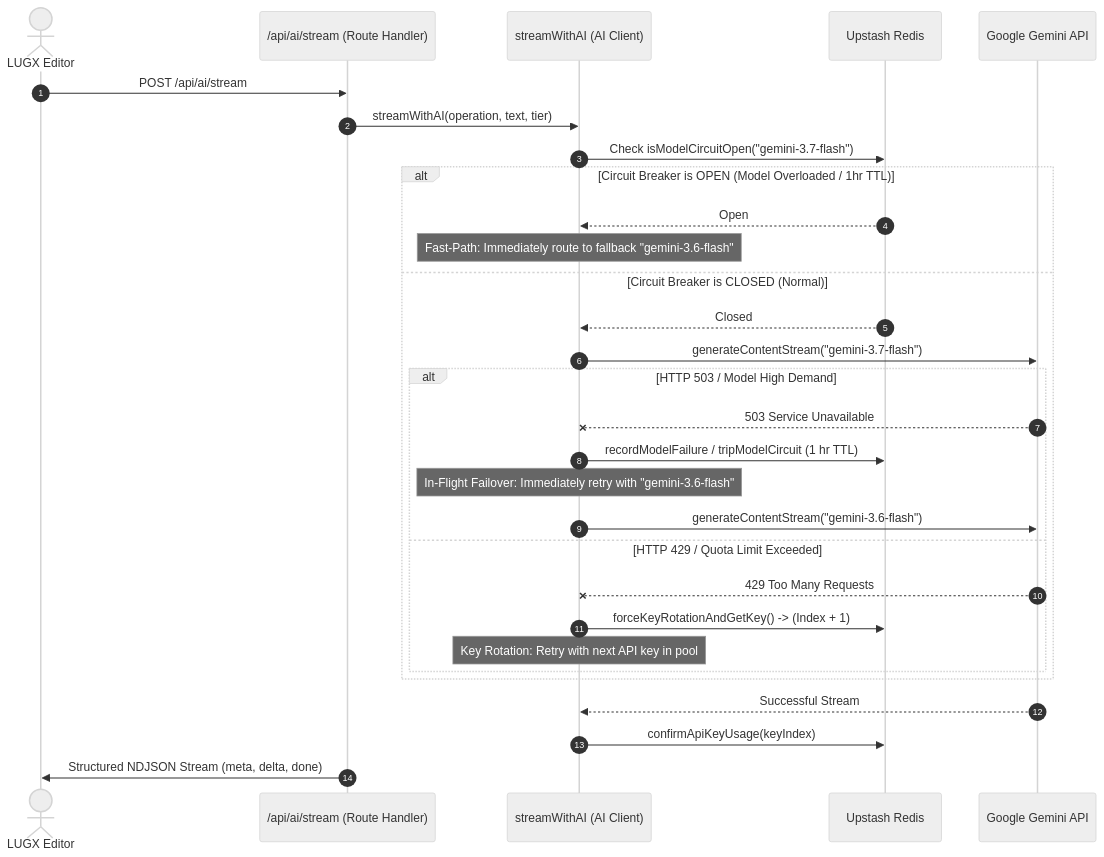
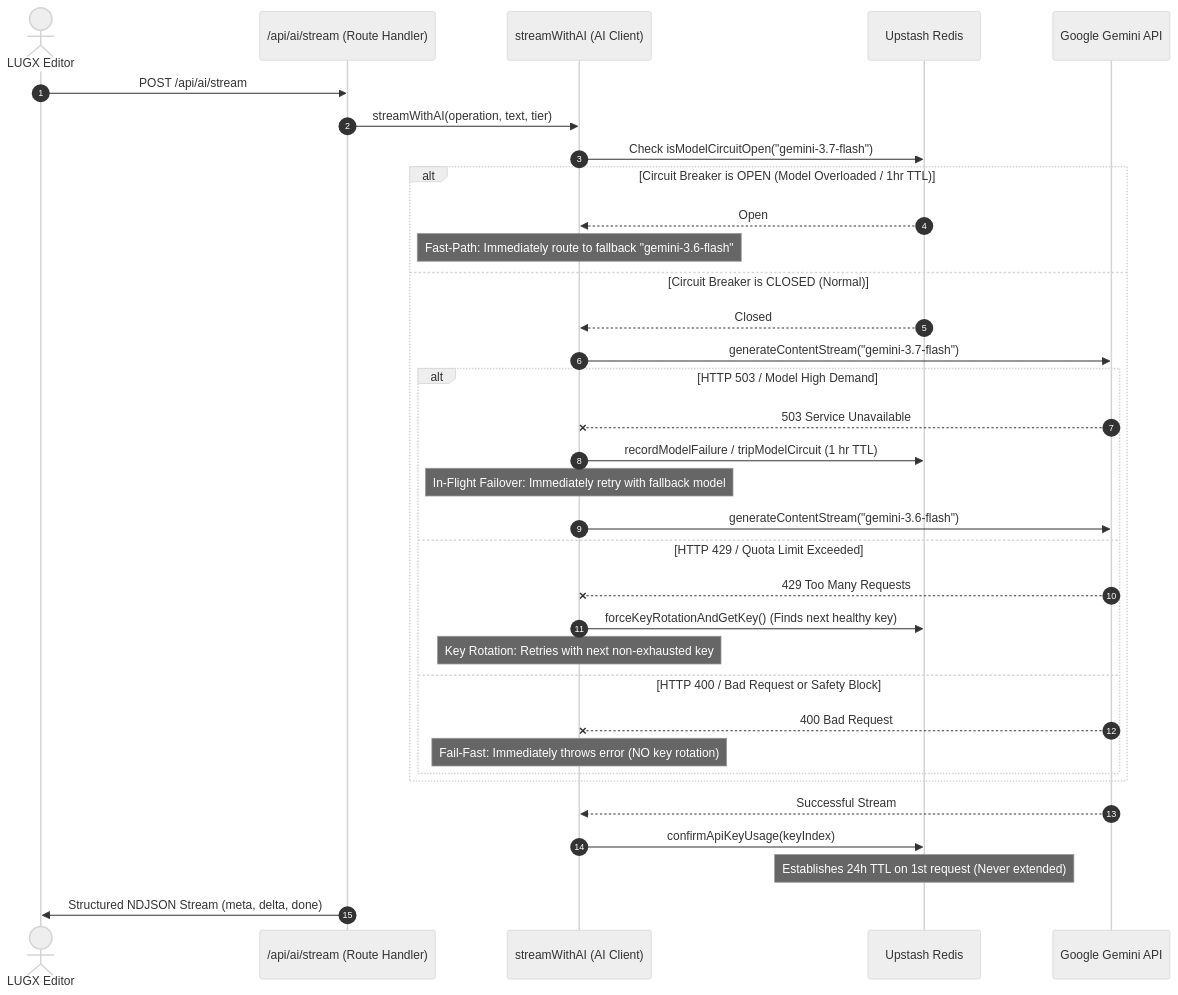
Before and after one commit to Abdullah931-stack/LUGX: the diagram in docs/AI_KEY_ROTATION_AND_STREAMING_RESILIENCE.md, drawn with Mermaid (neutral theme). The commit also changed other lines of this file and 15 other files, not shown here.

````diff
--- a/docs/AI_KEY_ROTATION_AND_STREAMING_RESILIENCE.md
+++ b/docs/AI_KEY_ROTATION_AND_STREAMING_RESILIENCE.md
@@ -39,35 +39,39 @@
 ```mermaid
 sequenceDiagram
     autonumber
     actor User as LUGX Editor
     participant Route as /api/ai/stream (Route Handler)
     participant Client as streamWithAI (AI Client)
     participant Redis as Upstash Redis
     participant Gemini as Google Gemini API
 
     User->>Route: POST /api/ai/stream
     Route->>Client: streamWithAI(operation, text, tier)
     Client->>Redis: Check isModelCircuitOpen("gemini-3.7-flash")
     
     alt Circuit Breaker is OPEN (Model Overloaded / 1hr TTL)
         Redis-->>Client: Open
         Note over Client: Fast-Path: Immediately route to fallback "gemini-3.6-flash"
     else Circuit Breaker is CLOSED (Normal)
         Redis-->>Client: Closed
         Client->>Gemini: generateContentStream("gemini-3.7-flash")
         alt HTTP 503 / Model High Demand
             Gemini--xClient: 503 Service Unavailable
             Client->>Redis: recordModelFailure / tripModelCircuit (1 hr TTL)
-            Note over Client: In-Flight Failover: Immediately retry with "gemini-3.6-flash"
+            Note over Client: In-Flight Failover: Immediately retry with fallback model
             Client->>Gemini: generateContentStream("gemini-3.6-flash")
         else HTTP 429 / Quota Limit Exceeded
             Gemini--xClient: 429 Too Many Requests
-            Client->>Redis: forceKeyRotationAndGetKey() -> (Index + 1)
-            Note over Client: Key Rotation: Retry with next API key in pool
+            Client->>Redis: forceKeyRotationAndGetKey() (Finds next healthy key)
+            Note over Client: Key Rotation: Retries with next non-exhausted key
+        else HTTP 400 / Bad Request or Safety Block
+            Gemini--xClient: 400 Bad Request
+            Note over Client: Fail-Fast: Immediately throws error (NO key rotation)
         end
     end
 
     Gemini-->>Client: Successful Stream
     Client->>Redis: confirmApiKeyUsage(keyIndex)
+    Note over Redis: Establishes 24h TTL on 1st request (Never extended)
     Route->>User: Structured NDJSON Stream (meta, delta, done)
 ```
````
